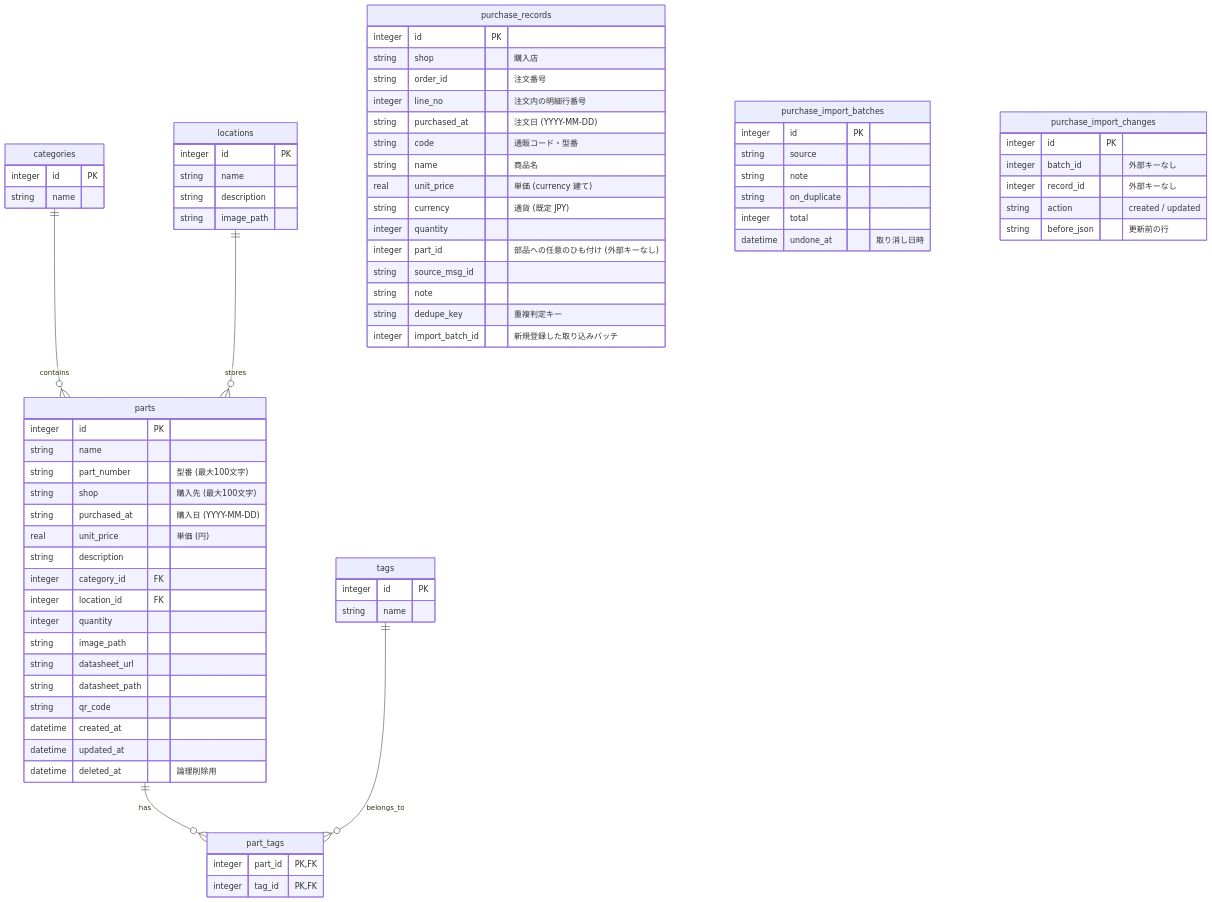
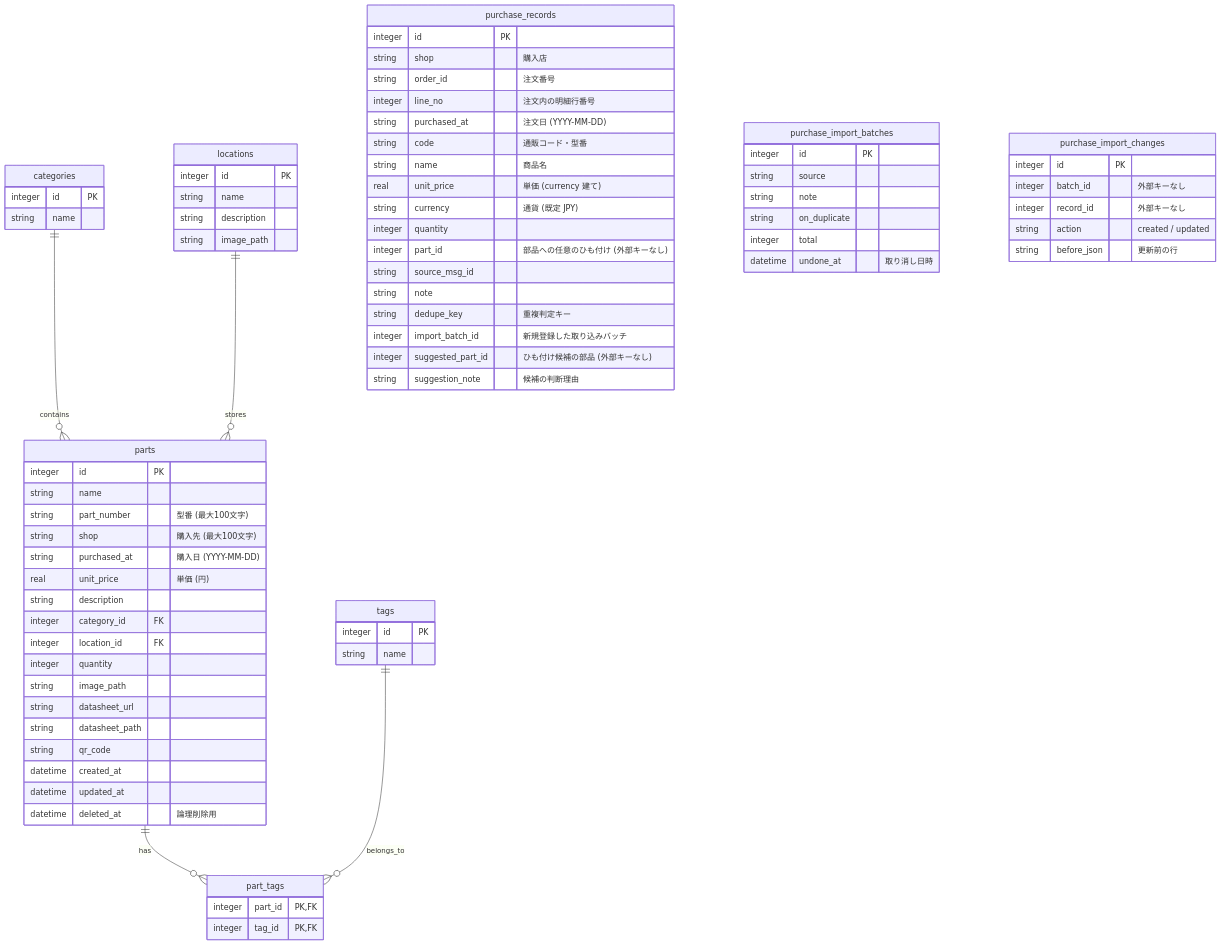
Before and after one commit to kuninet/electronic-parts-manager: the diagram in docs/DATABASE.md, drawn with Mermaid. The commit also changed other lines of this file and 16 other files, not shown here.

```diff
--- a/docs/DATABASE.md
+++ b/docs/DATABASE.md
@@ -70,6 +70,8 @@
         string note
         string dedupe_key "重複判定キー"
         integer import_batch_id "新規登録した取り込みバッチ"
+        integer suggested_part_id "ひも付け候補の部品 (外部キーなし)"
+        string suggestion_note "候補の判断理由"
     }
 
     purchase_import_batches {
```
